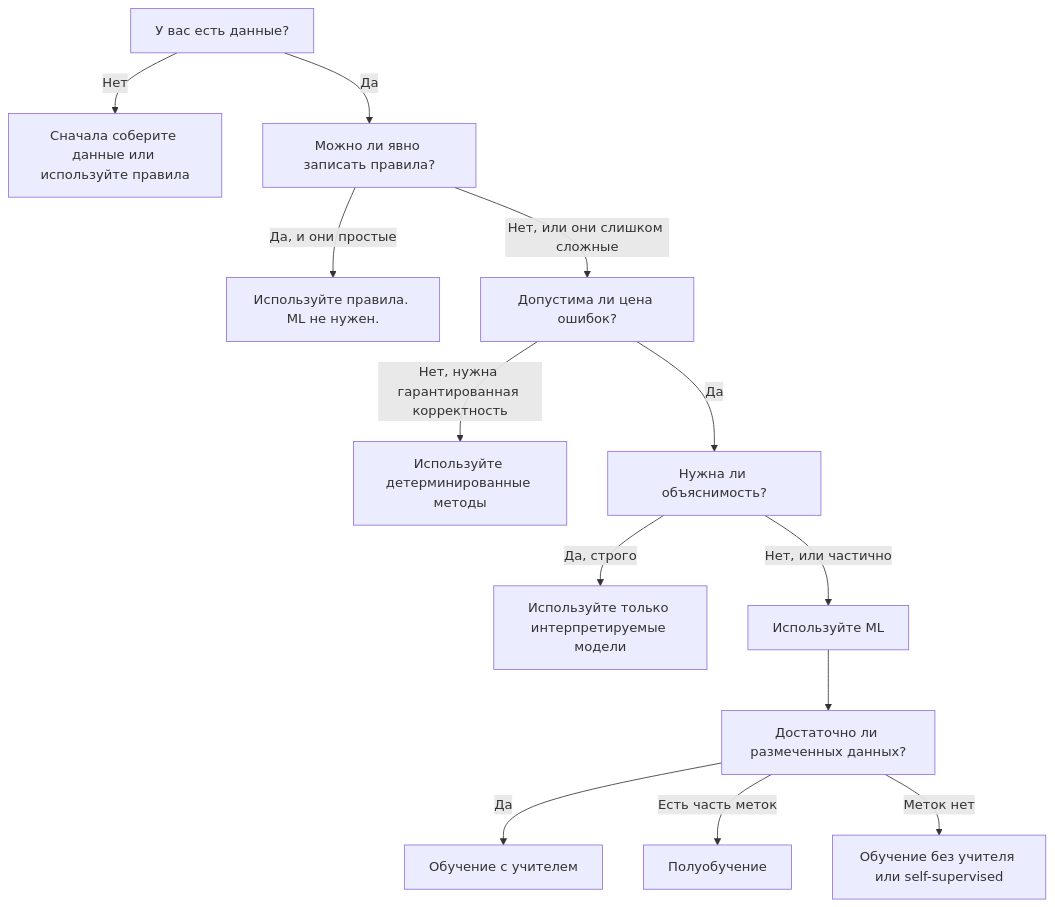
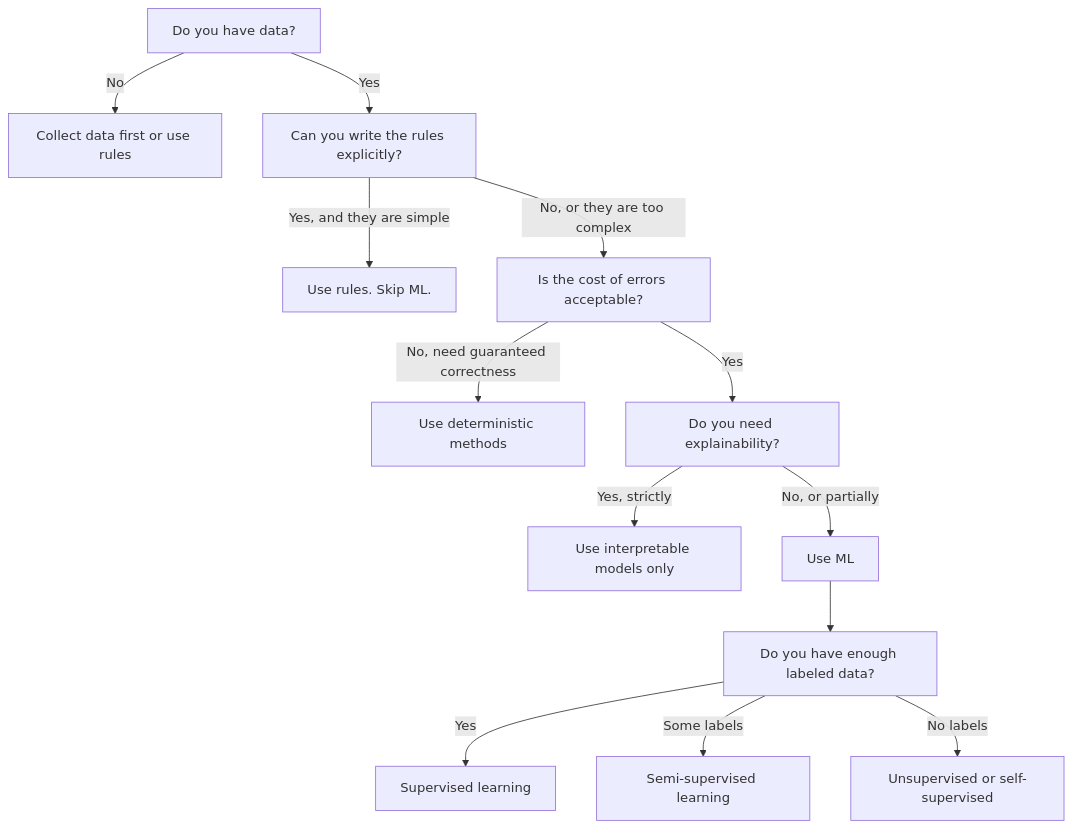
Before and after one commit to stabuev/ai-engineering-from-scratch: the sixth of 6 diagrams in phases/02-ml-fundamentals/01-what-is-machine-learning/docs/ru.md, drawn with Mermaid. The commit also changed other lines of this file and 182 other files, not shown here.

````diff
--- a/phases/02-ml-fundamentals/01-what-is-machine-learning/docs/ru.md
+++ b/phases/02-ml-fundamentals/01-what-is-machine-learning/docs/ru.md
@@ -275,15 +275,15 @@
 ```mermaid
 flowchart TD
-    A["У вас есть данные?"] -->|Нет| B["Сначала соберите данные или используйте правила"]
-    A -->|Да| C["Можно ли явно записать правила?"]
-    C -->|"Да, и они простые"| D["Используйте правила. ML не нужен."]
-    C -->|"Нет, или они слишком сложные"| E["Допустима ли цена ошибок?"]
-    E -->|"Нет, нужна гарантированная корректность"| F["Используйте детерминированные методы"]
-    E -->|Да| G["Нужна ли объяснимость?"]
-    G -->|"Да, строго"| H["Используйте только интерпретируемые модели"]
-    G -->|"Нет, или частично"| I["Используйте ML"]
-    I --> J["Достаточно ли размеченных данных?"]
-    J -->|Да| K["Обучение с учителем"]
-    J -->|"Есть часть меток"| L["Полуобучение"]
-    J -->|"Меток нет"| M["Обучение без учителя или self-supervised"]
+    A["Do you have data?"] -->|No| B["Collect data first or use rules"]
+    A -->|Yes| C["Can you write the rules explicitly?"]
+    C -->|"Yes, and they are simple"| D["Use rules. Skip ML."]
+    C -->|"No, or they are too complex"| E["Is the cost of errors acceptable?"]
+    E -->|"No, need guaranteed correctness"| F["Use deterministic methods"]
+    E -->|Yes| G["Do you need explainability?"]
+    G -->|"Yes, strictly"| H["Use interpretable models only"]
+    G -->|"No, or partially"| I["Use ML"]
+    I --> J["Do you have enough labeled data?"]
+    J -->|Yes| K["Supervised learning"]
+    J -->|"Some labels"| L["Semi-supervised learning"]
+    J -->|"No labels"| M["Unsupervised or self-supervised"]
 ```
````
